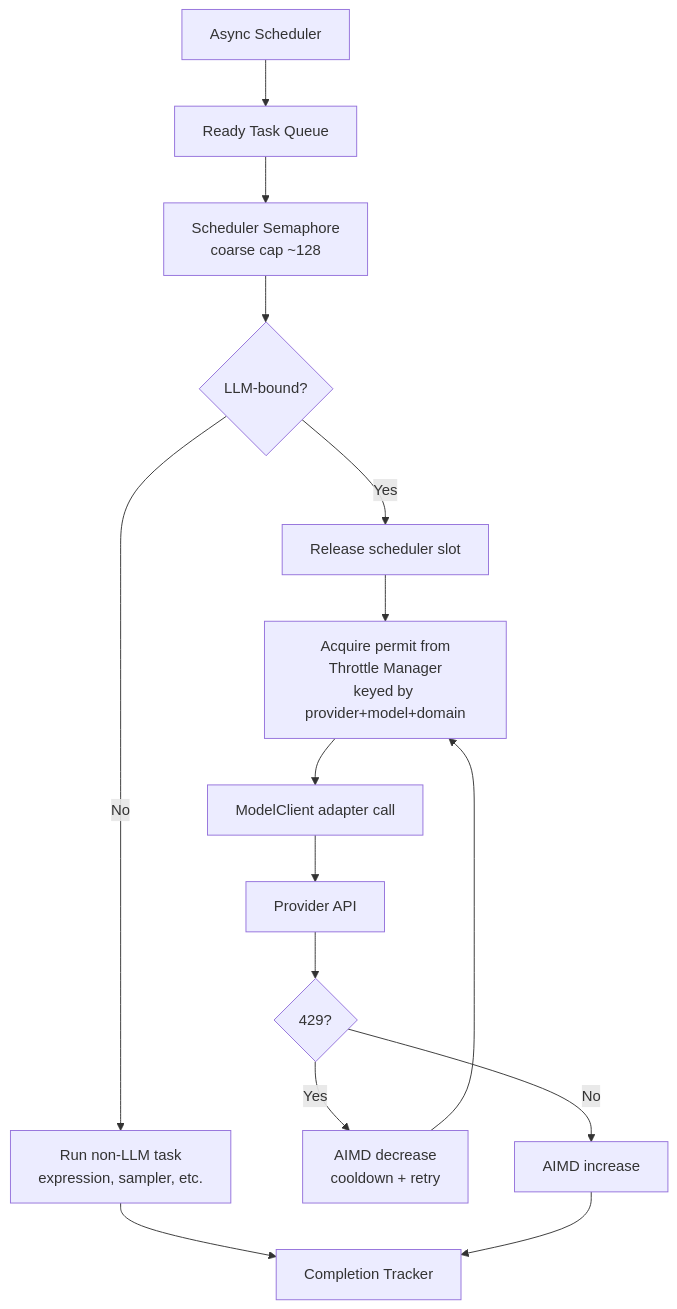
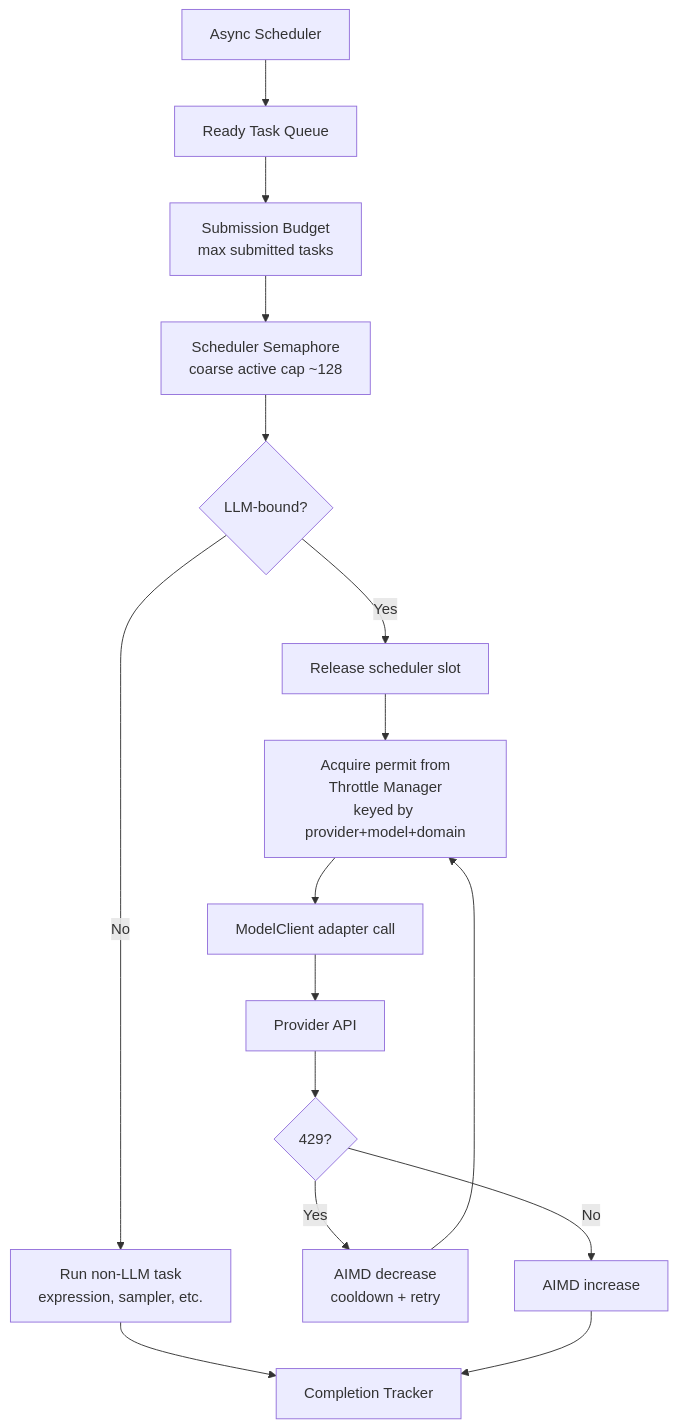
The fourth of 6 diagrams in plans/346/diagrams.md (NVIDIA-NeMo/DataDesigner), drawn with Mermaid before and after one commit. The commit also changed other lines of this file and 1 other file, not shown here.

First line of the commit message:
refine async scheduler plan safeguards

````diff
--- a/plans/346/diagrams.md
+++ b/plans/346/diagrams.md
@@ -114,20 +114,21 @@
 ```mermaid
 flowchart TB
     S[Async Scheduler] --> Q[Ready Task Queue]
-    Q --> W[Scheduler Semaphore\ncoarse cap ~128]
+    Q --> B[Submission Budget\nmax submitted tasks]
+    B --> W[Scheduler Semaphore\ncoarse active cap ~128]
 
     W --> T{LLM-bound?}
 
     T -->|No| N[Run non-LLM task\nexpression, sampler, etc.]
     N --> C[Completion Tracker]
 
     T -->|Yes| REL[Release scheduler slot]
     REL --> A[Acquire permit from\nThrottle Manager\nkeyed by provider+model+domain]
     A --> R[ModelClient adapter call]
     R --> P[Provider API]
     P --> X{429?}
     X -->|Yes| D[AIMD decrease\ncooldown + retry]
     D --> A
     X -->|No| U[AIMD increase]
     U --> C
 ```
````
